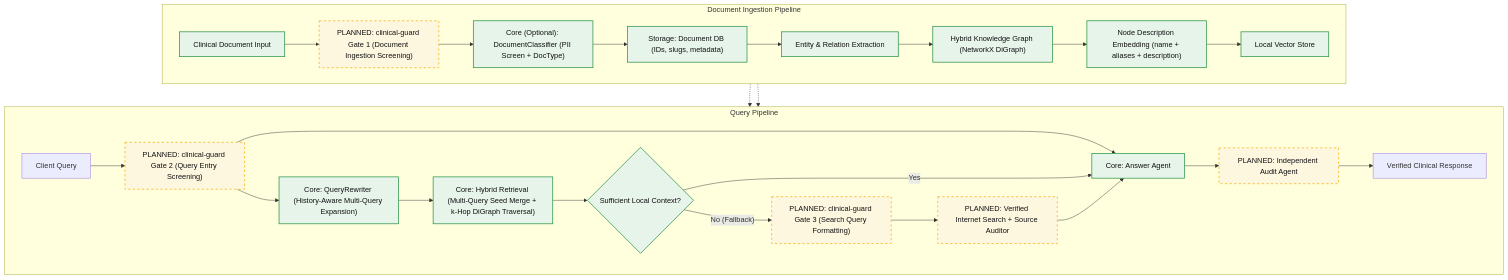
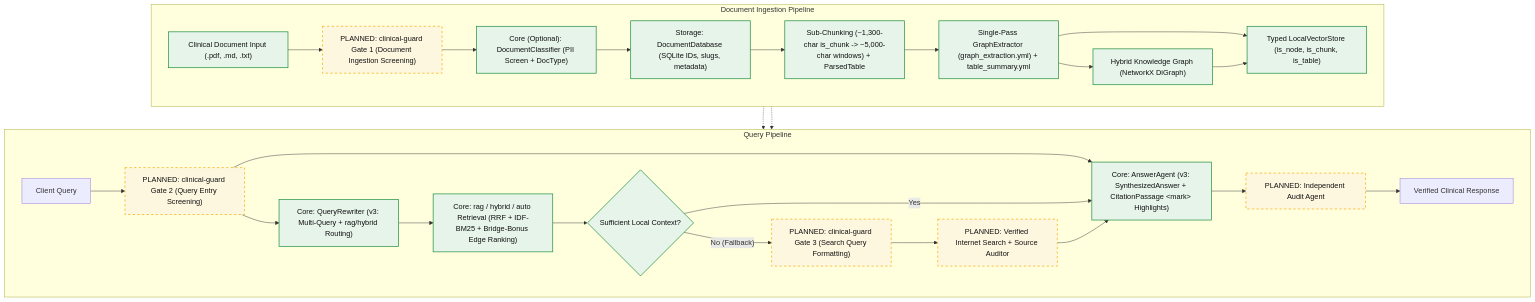
Before and after one commit to nando-ludtke/clinical-graph: the diagram in docs/architecture.md, drawn with Mermaid. The commit also changed other lines of this file and 5 other files, not shown here.

````diff
--- a/docs/architecture.md
+++ b/docs/architecture.md
@@ -9,36 +9,37 @@
 ```mermaid
 flowchart TD
     subgraph Ingestion["Document Ingestion Pipeline"]
         direction LR
-        DocIn["Clinical Document Input"] --> Gate1["PLANNED: clinical-guard Gate 1 (Document Ingestion Screening)"]
+        DocIn["Clinical Document Input (.pdf, .md, .txt)"] --> Gate1["PLANNED: clinical-guard Gate 1 (Document Ingestion Screening)"]
         Gate1 --> DocClassifier["Core (Optional): DocumentClassifier (PII Screen + DocType)"]
-        DocClassifier --> DocStore["Storage: Document DB (IDs, slugs, metadata)"]
-        DocStore --> Extract["Entity & Relation Extraction"]
+        DocClassifier --> DocStore["Storage: DocumentDatabase (SQLite IDs, slugs, metadata)"]
+        DocStore --> SubChunk["Sub-Chunking (~1,300-char is_chunk -> ~5,000-char windows) + ParsedTable"]
+        SubChunk --> Extract["Single-Pass GraphExtractor (graph_extraction.yml) + table_summary.yml"]
         Extract --> KG["Hybrid Knowledge Graph (NetworkX DiGraph)"]
-        KG --> Embed["Node Description Embedding (name + aliases + description)"]
-        Embed --> VecStore["Local Vector Store"]
+        Extract --> VecStore["Typed LocalVectorStore (is_node, is_chunk, is_table)"]
+        KG --> VecStore
     end
 
     subgraph Query["Query Pipeline"]
         direction LR
         Client["Client Query"] --> Gate2["PLANNED: clinical-guard Gate 2 (Query Entry Screening)"]
-        Gate2 --> Rewriter["Core: QueryRewriter (History-Aware Multi-Query Expansion)"]
+        Gate2 --> Rewriter["Core: QueryRewriter (v3: Multi-Query + rag/hybrid Routing)"]
         Gate2 --> AnswerAgent
-        Rewriter --> HybridRet["Core: Hybrid Retrieval (Multi-Query Seed Merge + k-Hop DiGraph Traversal)"]
-        KG -.-> HybridRet
-        VecStore -.-> HybridRet
-        HybridRet --> Sufficient{"Sufficient Local Context?"}
-        Sufficient -- "Yes" --> AnswerAgent["Core: Answer Agent"]
+        Rewriter --> Retrieval["Core: rag / hybrid / auto Retrieval (RRF + IDF-BM25 + Bridge-Bonus Edge Ranking)"]
+        KG -.-> Retrieval
+        VecStore -.-> Retrieval
+        Retrieval --> Sufficient{"Sufficient Local Context?"}
+        Sufficient -- "Yes" --> AnswerAgent["Core: AnswerAgent (v3: SynthesizedAnswer + CitationPassage &lt;mark&gt; Highlights)"]
         Sufficient -- "No (Fallback)" --> Gate3["PLANNED: clinical-guard Gate 3 (Search Query Formatting)"]
         Gate3 --> WebSearch["PLANNED: Verified Internet Search + Source Auditor"]
         WebSearch --> AnswerAgent
         AnswerAgent --> AuditAgent["PLANNED: Independent Audit Agent"]
         AuditAgent --> Response["Verified Clinical Response"]
     end
 
     classDef core fill:#e6f4ea,stroke:#1e8e3e,stroke-width:1.5px,color:#111;
     classDef planned fill:#fef7e0,stroke:#f9ab00,stroke-dasharray: 5 5,stroke-width:1.5px,color:#111;
 
-    class DocIn,DocClassifier,DocStore,Extract,KG,Embed,VecStore,Rewriter,HybridRet,Sufficient,AnswerAgent core;
+    class DocIn,DocClassifier,DocStore,SubChunk,Extract,KG,VecStore,Rewriter,Retrieval,Sufficient,AnswerAgent core;
     class Gate1,Gate2,Gate3,WebSearch,AuditAgent planned;
 ```
````
